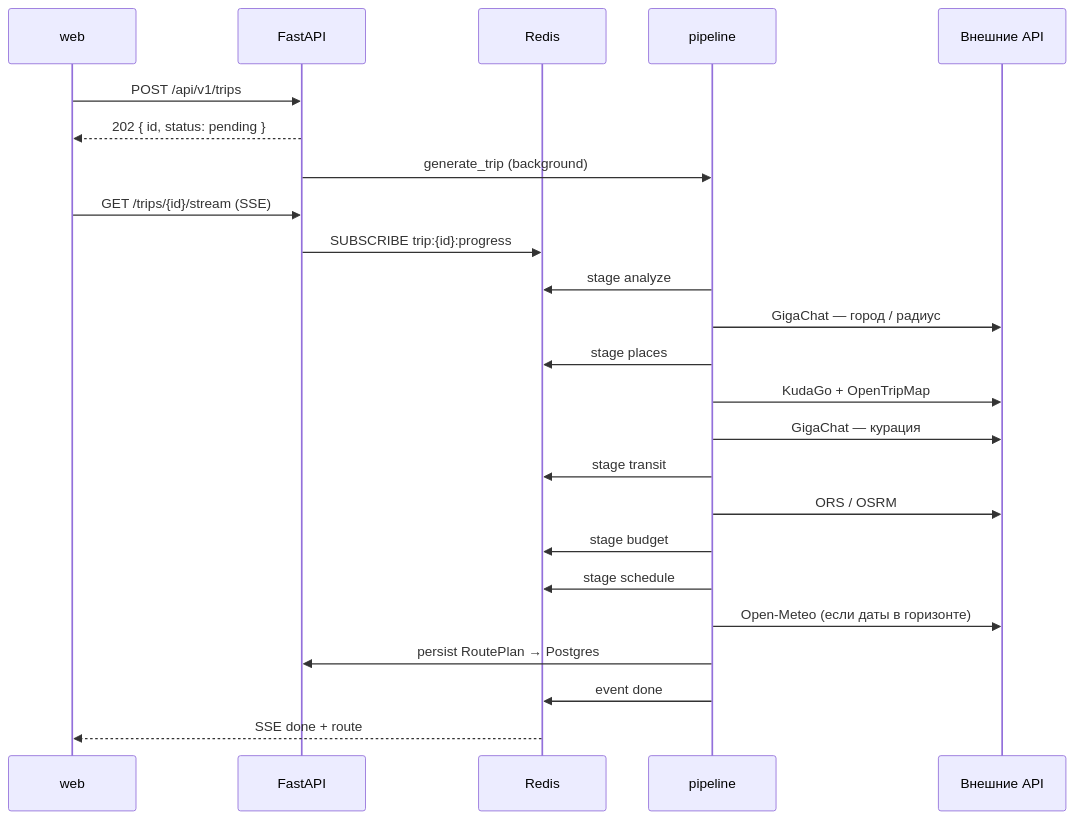
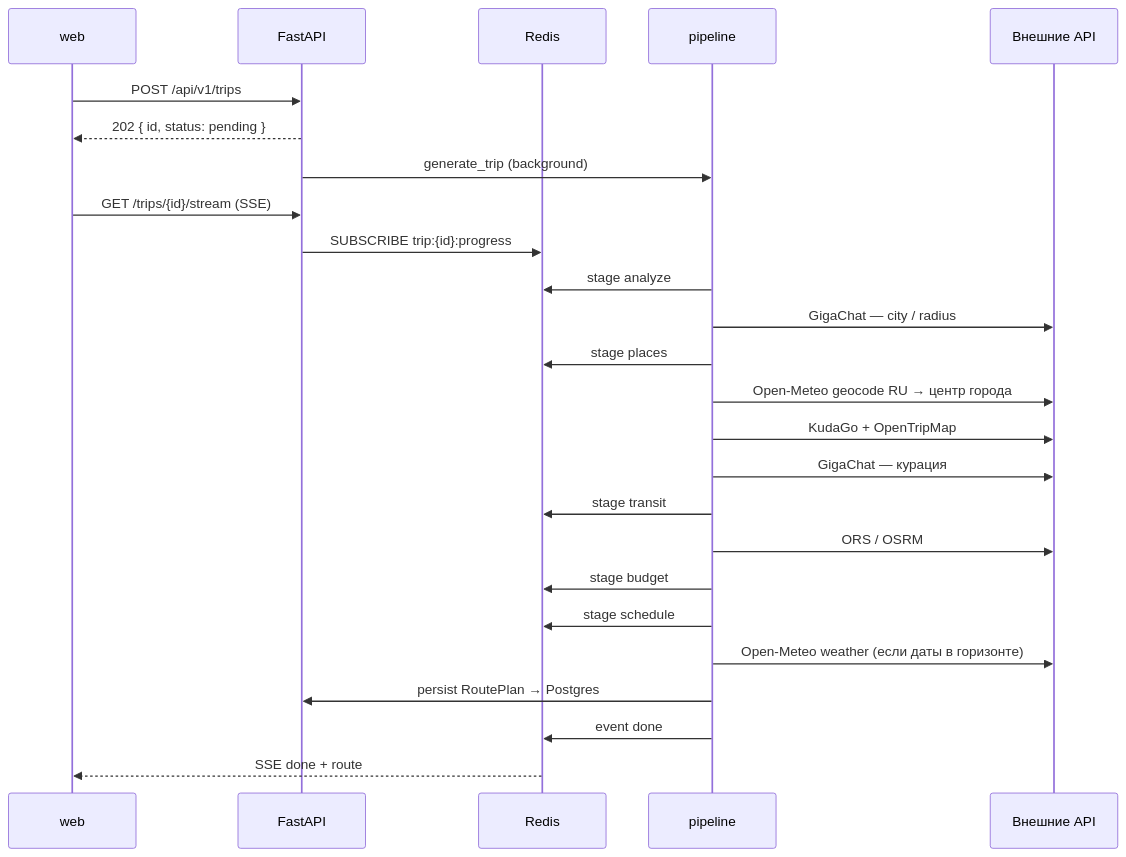
Before and after one commit to Halpama/max_hackaton: the third of 7 diagrams in ARCHITECTURE.md, drawn with Mermaid. The commit also changed other lines of this file and 2 other files, not shown here.

First line of the commit message:
Refresh architecture docs for SearXNG, geo, and trip UX.

````diff
--- a/ARCHITECTURE.md
+++ b/ARCHITECTURE.md
@@ -134,29 +149,30 @@
 ```mermaid
 sequenceDiagram
   participant UI as web
   participant API as FastAPI
   participant R as Redis
   participant S as pipeline
   participant Ext as Внешние API
 
   UI->>API: POST /api/v1/trips
   API-->>UI: 202 { id, status: pending }
   API->>S: generate_trip (background)
 
   UI->>API: GET /trips/{id}/stream (SSE)
   API->>R: SUBSCRIBE trip:{id}:progress
 
   S->>R: stage analyze
-  S->>Ext: GigaChat — город / радиус
+  S->>Ext: GigaChat — city / radius
   S->>R: stage places
+  S->>Ext: Open-Meteo geocode RU → центр города
   S->>Ext: KudaGo + OpenTripMap
   S->>Ext: GigaChat — курация
   S->>R: stage transit
   S->>Ext: ORS / OSRM
   S->>R: stage budget
   S->>R: stage schedule
-  S->>Ext: Open-Meteo (если даты в горизонте)
+  S->>Ext: Open-Meteo weather (если даты в горизонте)
   S->>API: persist RoutePlan → Postgres
   S->>R: event done
   R-->>UI: SSE done + route
 ```
````
